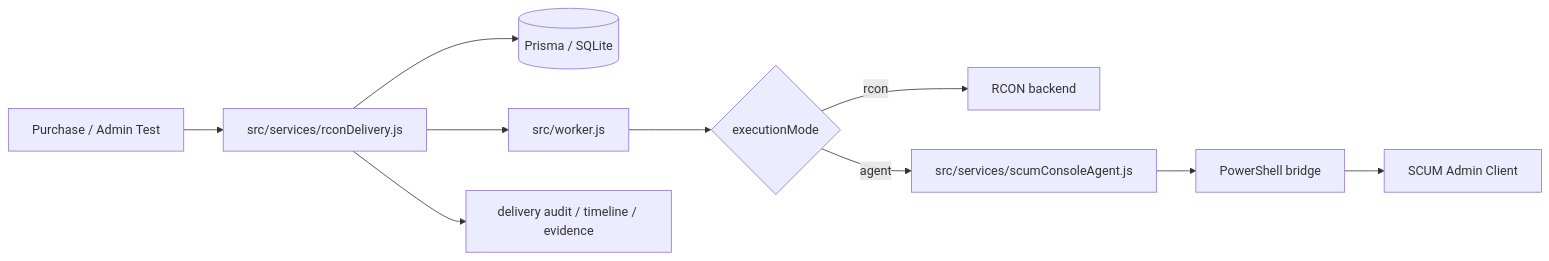
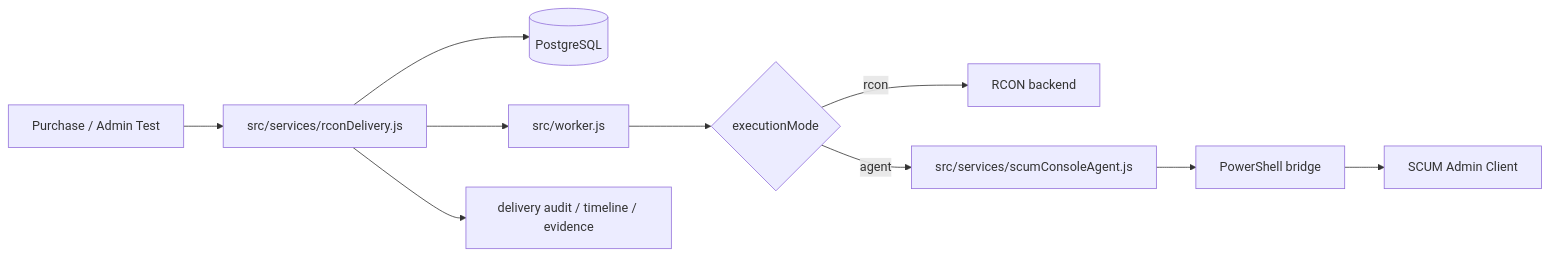
Before and after one commit to kogawz1997/new: the first of 3 diagrams in docs/ARCHITECTURE.md, drawn with Mermaid. The commit also changed other lines of this file and 2033 other files, not shown here.

First line of the commit message:
Add PostgreSQL data dir and update CI/docs

````diff
--- a/docs/ARCHITECTURE.md
+++ b/docs/ARCHITECTURE.md
@@ -21,12 +21,12 @@
 ```mermaid
 flowchart LR
   A[Purchase / Admin Test] --> B[src/services/rconDelivery.js]
-  B --> C[(Prisma / SQLite)]
+  B --> C[(PostgreSQL)]
   B --> D[src/worker.js]
   D --> E{executionMode}
   E -->|rcon| F[RCON backend]
   E -->|agent| G[src/services/scumConsoleAgent.js]
   G --> H[PowerShell bridge]
   H --> I[SCUM Admin Client]
   B --> J[delivery audit / timeline / evidence]
 ```
````
